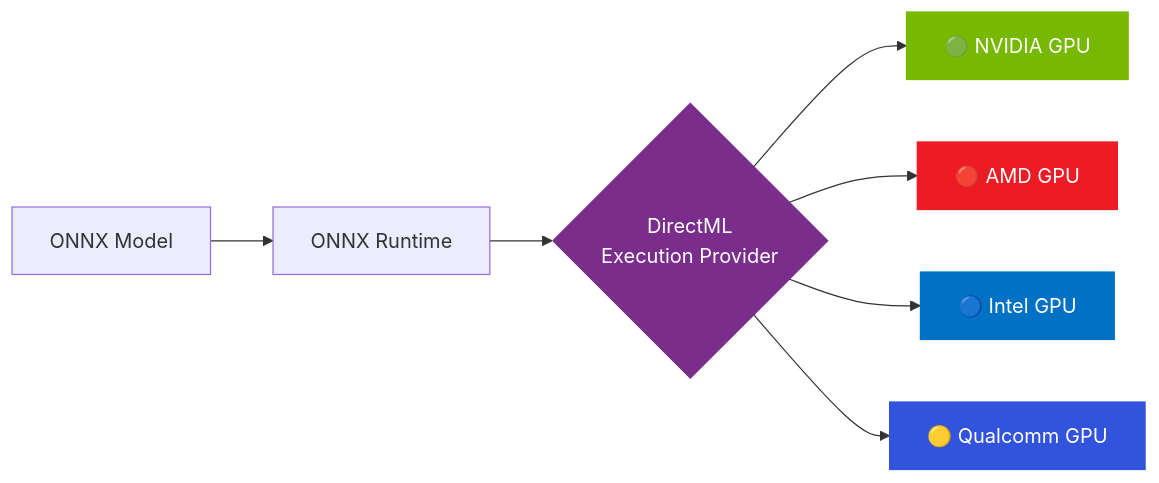
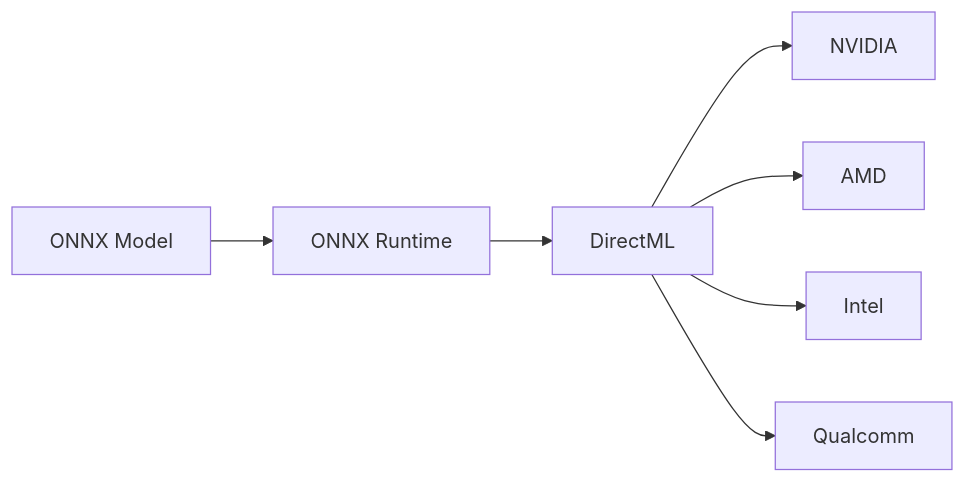
The third of 3 diagrams in README.md (Nagendramanthena/localmind-ai), drawn with Mermaid before and after one commit. The commit also changed other lines of this file, not shown here.

Commit message:
docs: rewrite README — clean diagrams, fix rendering, remove broken CDATA

````diff
--- a/README.md
+++ b/README.md
@@ -382,15 +219,9 @@
 ```mermaid
 flowchart LR
-    A["ONNX Model"] --> B["ONNX Runtime"]
-    B --> C{"DirectML\nExecution Provider"}
-    C --> D["🟢 NVIDIA GPU"]
-    C --> E["🔴 AMD GPU"]
-    C --> F["🔵 Intel GPU"]
-    C --> G["🟡 Qualcomm GPU"]
-
-    style C fill:#7B2D8B,stroke:#7B2D8B,color:#fff
-    style D fill:#76b900,stroke:#76b900,color:#fff
-    style E fill:#ed1c24,stroke:#ed1c24,color:#fff
-    style F fill:#0071c5,stroke:#0071c5,color:#fff
-    style G fill:#3253dc,stroke:#3253dc,color:#fff
+    A[ONNX Model] --> B[ONNX Runtime]
+    B --> C[DirectML]
+    C --> D[NVIDIA]
+    C --> E[AMD]
+    C --> F[Intel]
+    C --> G[Qualcomm]
 ```
````
